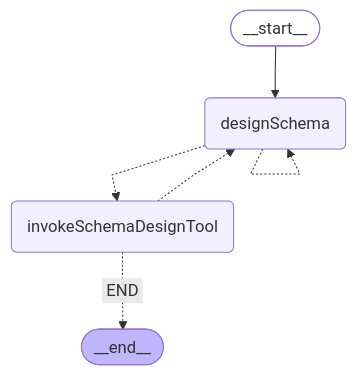
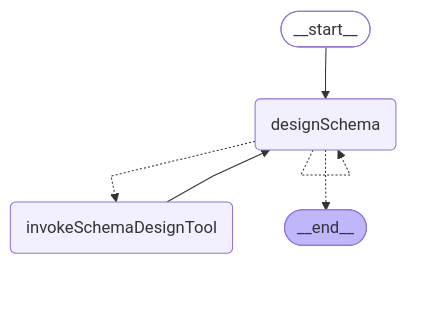
One commit to yzkee/liam changed the fourth of 6 diagrams in frontend/internal-packages/agent/README.md. Above: the diagram before and after it, drawn with Mermaid. The commit also changed 1 other file, not shown here.

Commit message:
docs(db-agent): update diagrams for ReAct pattern
Update Mermaid diagrams to reflect new control flow where designSchema
can route directly to END when AI completes design.

**Changes:**
- Update README.md DB Agent Subgraph diagram
- Update test expectations for new control flow

🤖 Generated with [Claude Code](https://claude.com/claude-code)

````diff
--- a/frontend/internal-packages/agent/README.md
+++ b/frontend/internal-packages/agent/README.md
@@ -170,16 +170,16 @@
 ```mermaid
 %%{init: {'flowchart': {'curve': 'linear'}}}%%
 graph TD;
 	__start__([<p>__start__</p>]):::first
 	designSchema(designSchema)
 	invokeSchemaDesignTool(invokeSchemaDesignTool)
 	__end__([<p>__end__</p>]):::last
 	__start__ --> designSchema;
+	invokeSchemaDesignTool --> designSchema;
 	designSchema -.-> invokeSchemaDesignTool;
-	invokeSchemaDesignTool -. &nbsp;END&nbsp; .-> __end__;
-	invokeSchemaDesignTool -.-> designSchema;
+	designSchema -.-> __end__;
 	designSchema -.-> designSchema;
 	classDef default fill:#f2f0ff,line-height:1.2;
 	classDef first fill-opacity:0;
 	classDef last fill:#bfb6fc;
 ```
````
